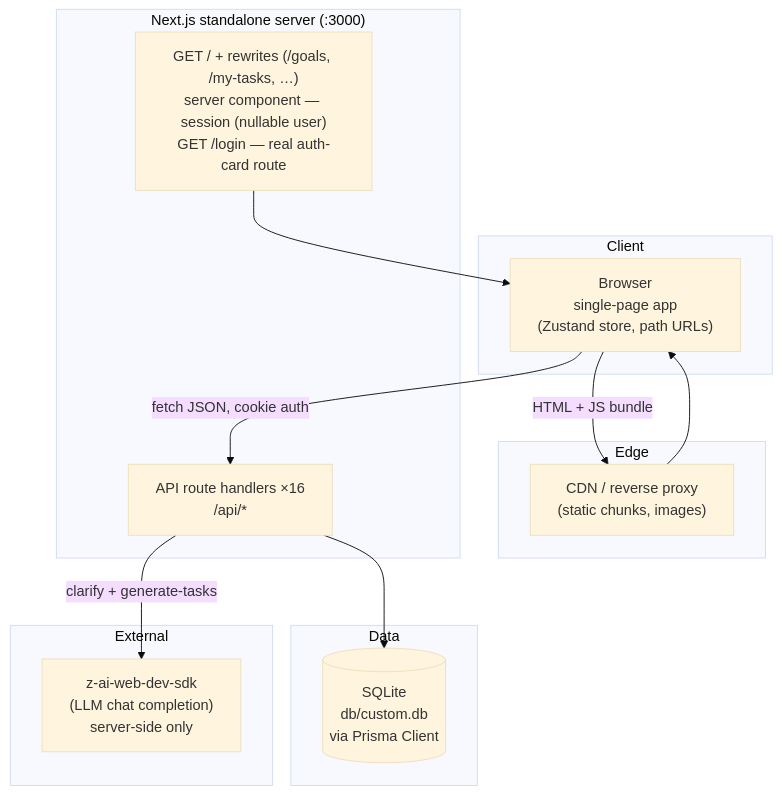
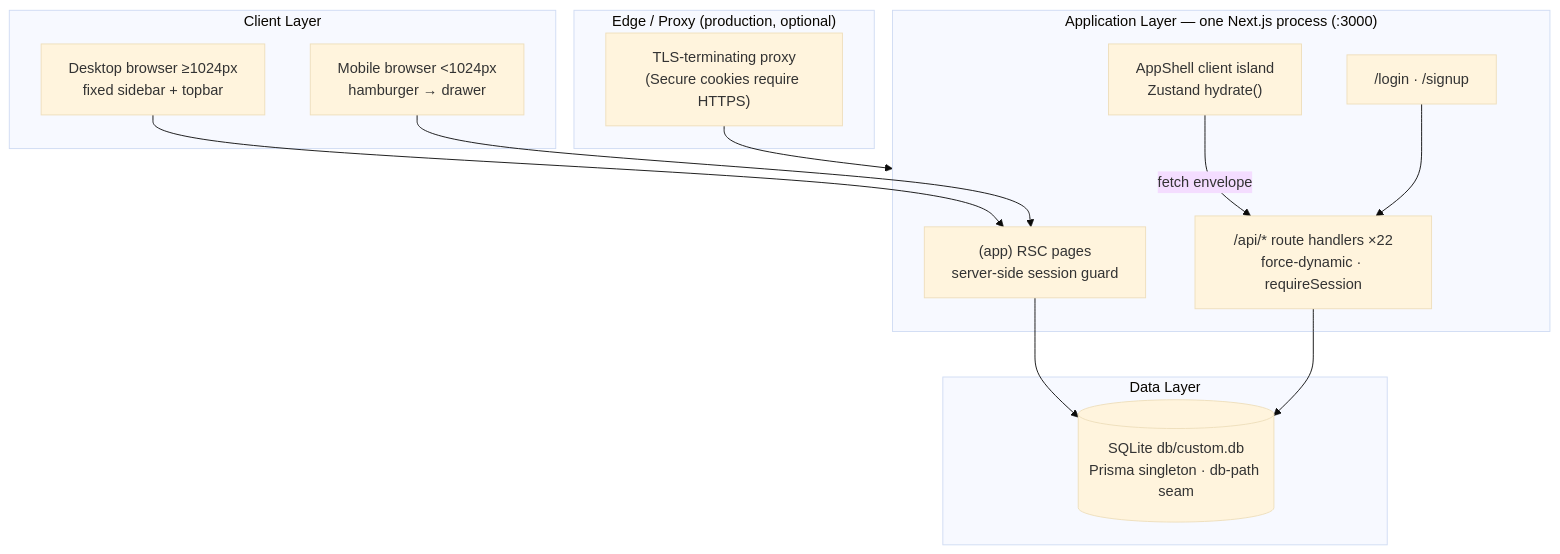
One commit to nordeim/neo-crm changed the first of 2 diagrams in Project_Architecture_Document.md. Above: the diagram before and after it, drawn with Mermaid (base theme). The commit also changed other lines of this file and 17 other files, not shown here.

First line of the commit message:
:memo: docs: architecture docs (AGENTS/CLAUDE/README/PAD) + dev-server screenshots

````diff
--- a/Project_Architecture_Document.md
+++ b/Project_Architecture_Document.md
@@ -288,25 +219,30 @@
 ```mermaid
 flowchart TB
-    subgraph Client
-        B["Browser<br/>single-page app<br/>(Zustand store, path URLs)"]
-    end
-    subgraph Edge
-        C["CDN / reverse proxy<br/>(static chunks, images)"]
-    end
-    subgraph App["Next.js standalone server (:3000)"]
-        P["GET / + rewrites (/goals, /my-tasks, …)<br/>server component — session (nullable user)<br/>GET /login — real auth-card route"]
-        A["API route handlers ×16<br/>/api/*"]
-    end
-    subgraph Data
-        D[("SQLite<br/>db/custom.db<br/>via Prisma Client")]
-    end
-    subgraph External
-        Z["z-ai-web-dev-sdk<br/>(LLM chat completion)<br/>server-side only"]
-    end
-    B -->|"HTML + JS bundle"| C
-    B -->|"fetch JSON, cookie auth"| A
-    C --> B
-    P --> B
-    A --> D
-    A -->|"clarify + generate-tasks"| Z
+  subgraph Client["Client Layer"]
+    Desktop["Desktop browser ≥1024px<br/>fixed sidebar + topbar"]
+    Mobile["Mobile browser <1024px<br/>hamburger → drawer"]
+  end
+
+  subgraph Edge["Edge / Proxy (production, optional)"]
+    TLS["TLS-terminating proxy<br/>(Secure cookies require HTTPS)"]
+  end
+
+  subgraph App["Application Layer — one Next.js process (:3000)"]
+    RSC["(app) RSC pages<br/>server-side session guard"]
+    Public["/login · /signup"]
+    API["/api/* route handlers ×22<br/>force-dynamic · requireSession"]
+    Shell["AppShell client island<br/>Zustand hydrate()"]
+  end
+
+  subgraph Data["Data Layer"]
+    DB[("SQLite db/custom.db<br/>Prisma singleton · db-path seam")]
+  end
+
+  Desktop --> RSC
+  Mobile --> RSC
+  TLS --> App
+  RSC --> DB
+  API --> DB
+  Shell -->|fetch envelope| API
+  Public --> API
 ```
````
